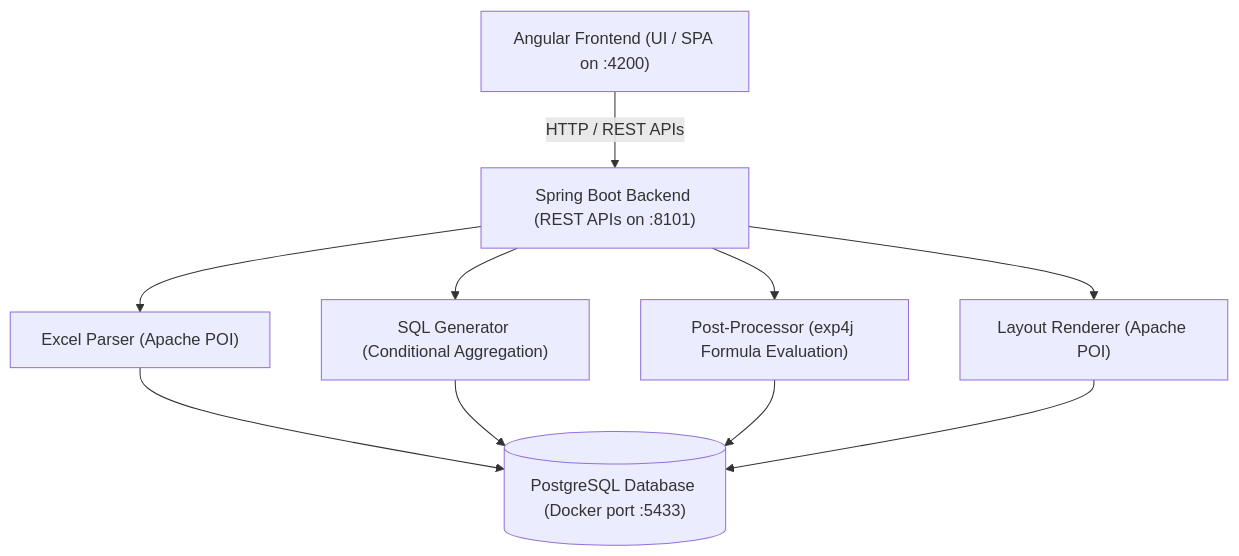
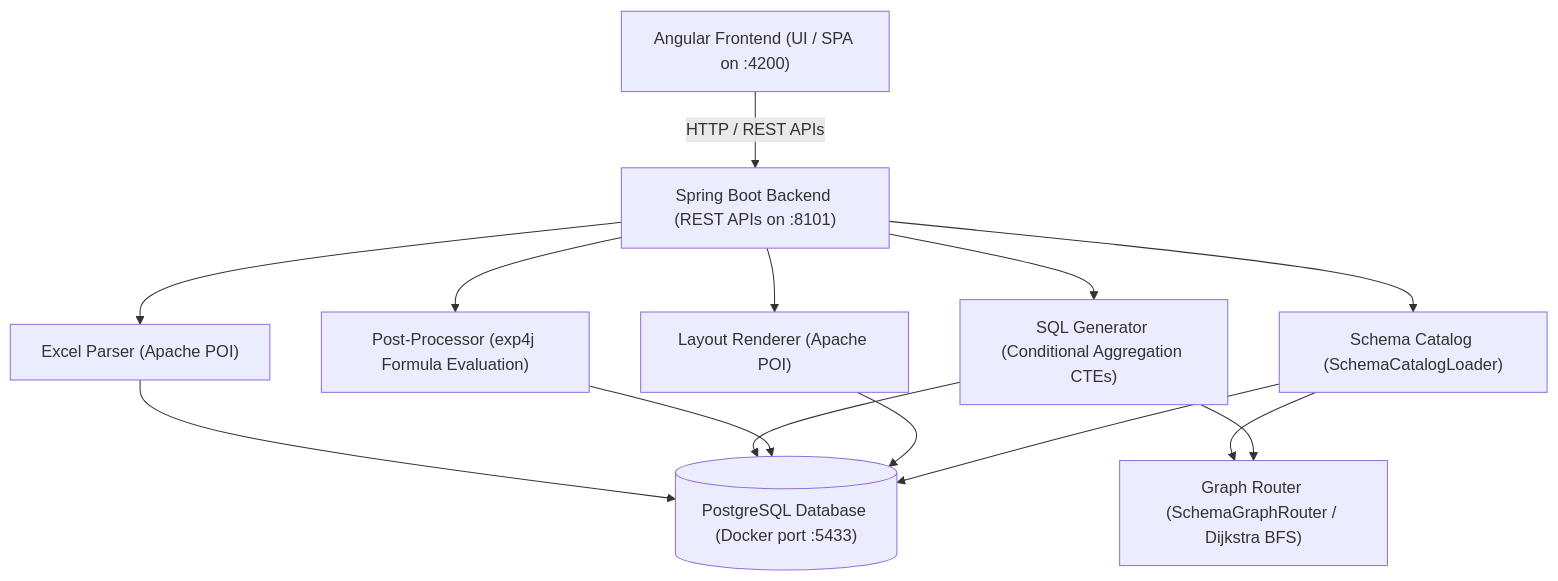
One commit to rpg2go/reportingengine_backend changed the diagram in README.md. Above: the diagram before and after it, drawn with Mermaid. The commit also changed other lines of this file and 27 other files, not shown here.

Commit message:
feat: implement report version lifecycle and schema catalog-driven join routing

````diff
--- a/README.md
+++ b/README.md
@@ -117,12 +132,16 @@
 ```mermaid
 flowchart TD
     A["Angular Frontend (UI / SPA on :4200)"] -->|HTTP / REST APIs| B["Spring Boot Backend (REST APIs on :8101)"]
     B --> C["Excel Parser (Apache POI)"]
-    B --> D["SQL Generator (Conditional Aggregation)"]
+    B --> D["SQL Generator (Conditional Aggregation CTEs)"]
     B --> E["Post-Processor (exp4j Formula Evaluation)"]
     B --> F["Layout Renderer (Apache POI)"]
+    B --> H["Schema Catalog (SchemaCatalogLoader)"]
+    H --> I["Graph Router (SchemaGraphRouter / Dijkstra BFS)"]
+    D --> I
     C --> G[("PostgreSQL Database (Docker port :5433)")]
     D --> G
     E --> G
     F --> G
+    H --> G
 ```
````
